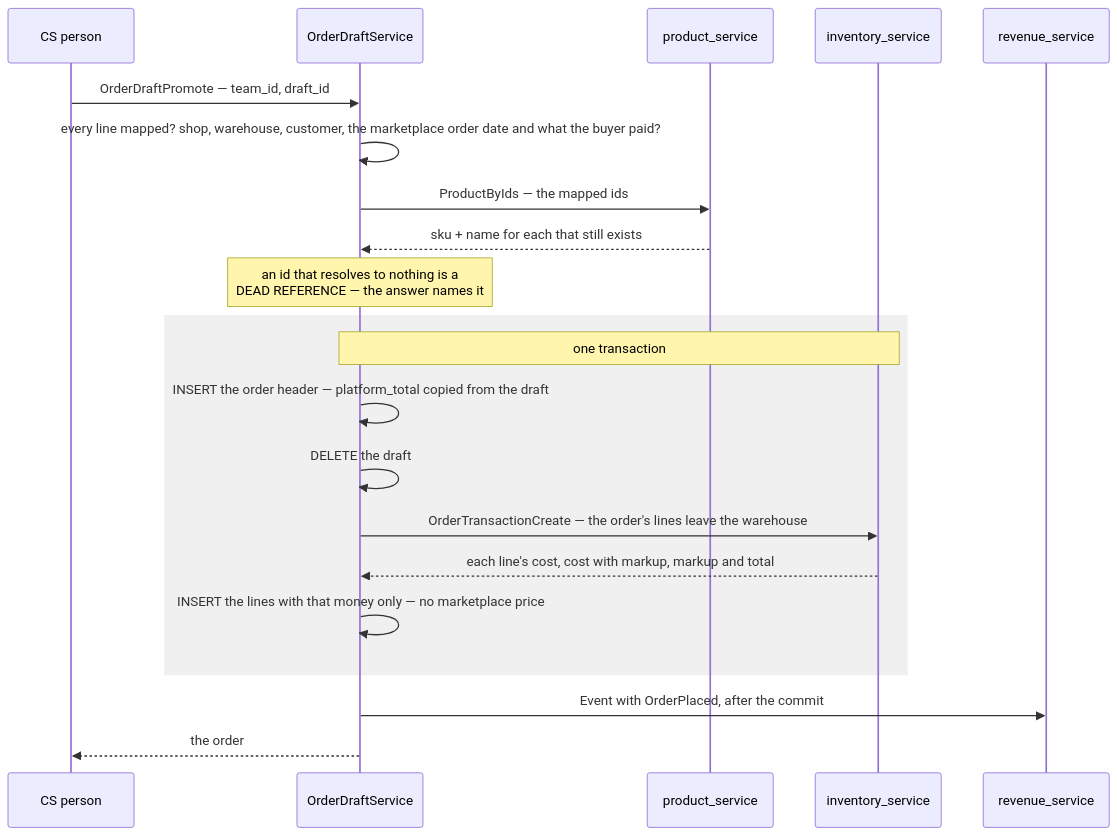
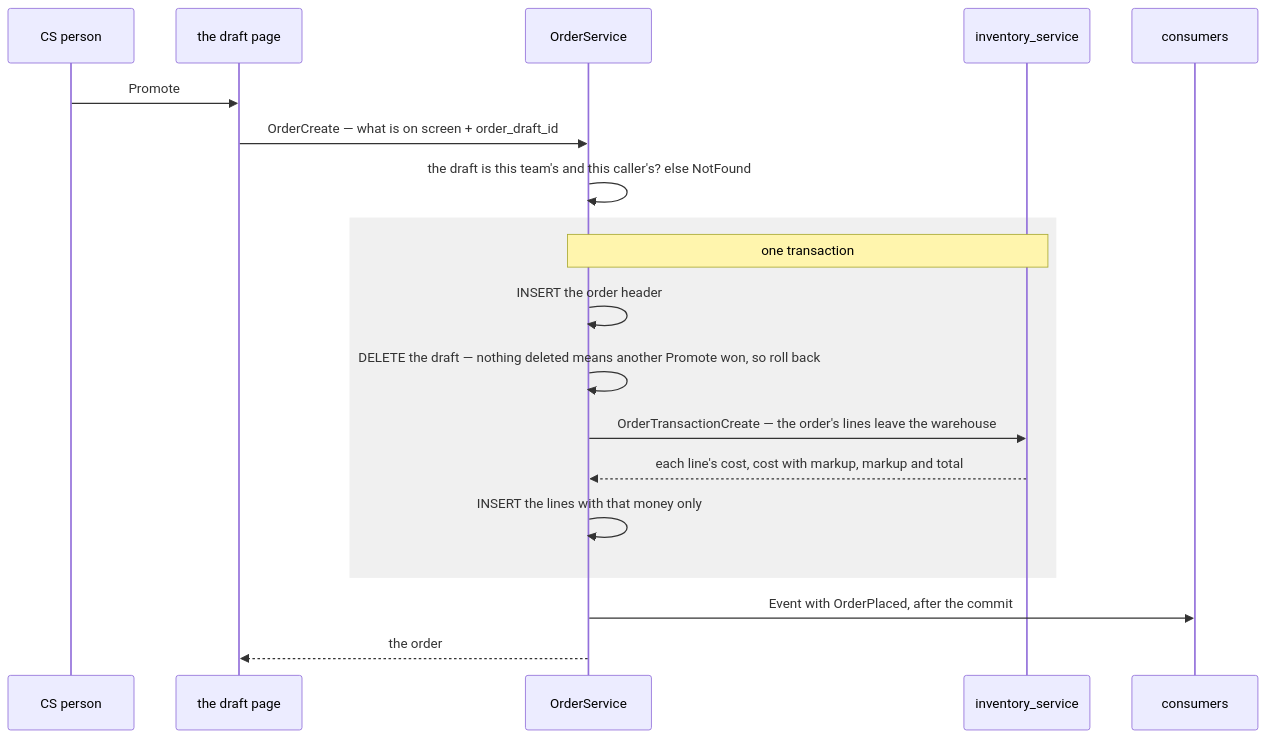
One commit to pdcgo/warehouse_revamp changed the tenth of 15 diagrams in docs/services/selling_service/rpc.md. Above: the diagram before and after it, drawn with Mermaid. The commit also changed other lines of this file and 59 other files, not shown here.

First line of the commit message:
feat(order): a draft becomes an order through OrderCreate, the ref is required, every time is WIB

````diff
--- a/docs/services/selling_service/rpc.md
+++ b/docs/services/selling_service/rpc.md
@@ -555,24 +560,22 @@
 ```mermaid
 sequenceDiagram
     participant CS as CS person
-    participant D as OrderDraftService
-    participant P as product_service
+    participant UI as the draft page
+    participant S as OrderService
     participant I as inventory_service
-    participant R as revenue_service
+    participant R as consumers
 
-    CS->>D: OrderDraftPromote — team_id, draft_id
-    D->>D: every line mapped? shop, warehouse, customer, the marketplace order date and what the buyer paid?
-    D->>P: ProductByIds — the mapped ids
-    P-->>D: sku + name for each that still exists
-    Note over D: an id that resolves to nothing is a<br/>DEAD REFERENCE — the answer names it
+    CS->>UI: Promote
+    UI->>S: OrderCreate — what is on screen + order_draft_id
+    S->>S: the draft is this team's and this caller's? else NotFound
     rect rgb(240, 240, 240)
-        Note over D,I: one transaction
-        D->>D: INSERT the order header — platform_total copied from the draft
-        D->>D: DELETE the draft
-        D->>I: OrderTransactionCreate — the order's lines leave the warehouse
-        I-->>D: each line's cost, cost with markup, markup and total
-        D->>D: INSERT the lines with that money only — no marketplace price
+        Note over S,I: one transaction
+        S->>S: INSERT the order header
+        S->>S: DELETE the draft — nothing deleted means another Promote won, so roll back
+        S->>I: OrderTransactionCreate — the order's lines leave the warehouse
+        I-->>S: each line's cost, cost with markup, markup and total
+        S->>S: INSERT the lines with that money only
     end
-    D->>R: Event with OrderPlaced, after the commit
-    D-->>CS: the order
+    S->>R: Event with OrderPlaced, after the commit
+    S-->>UI: the order
 ```
````
